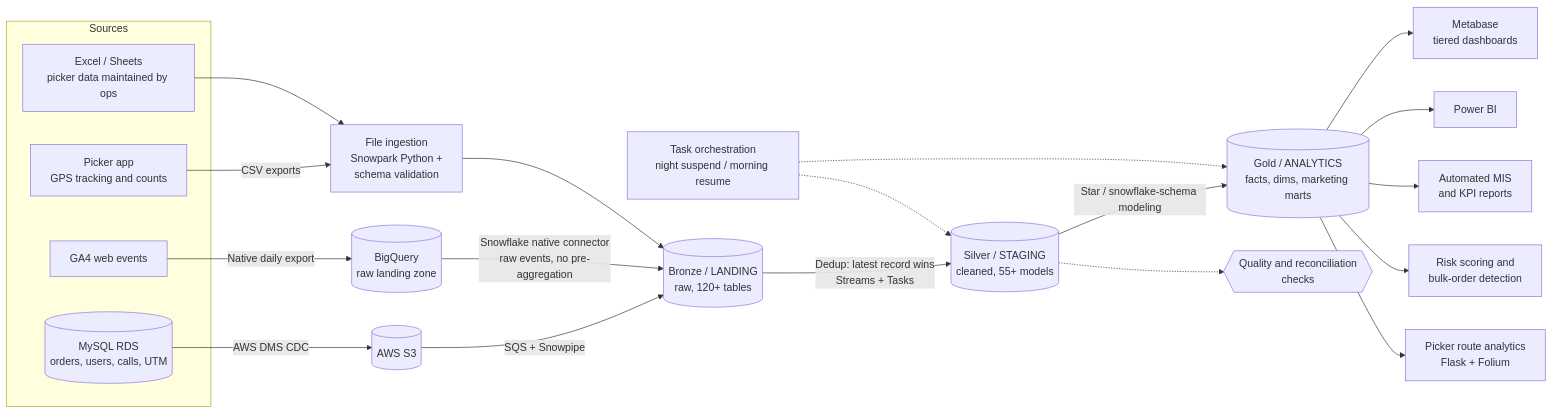
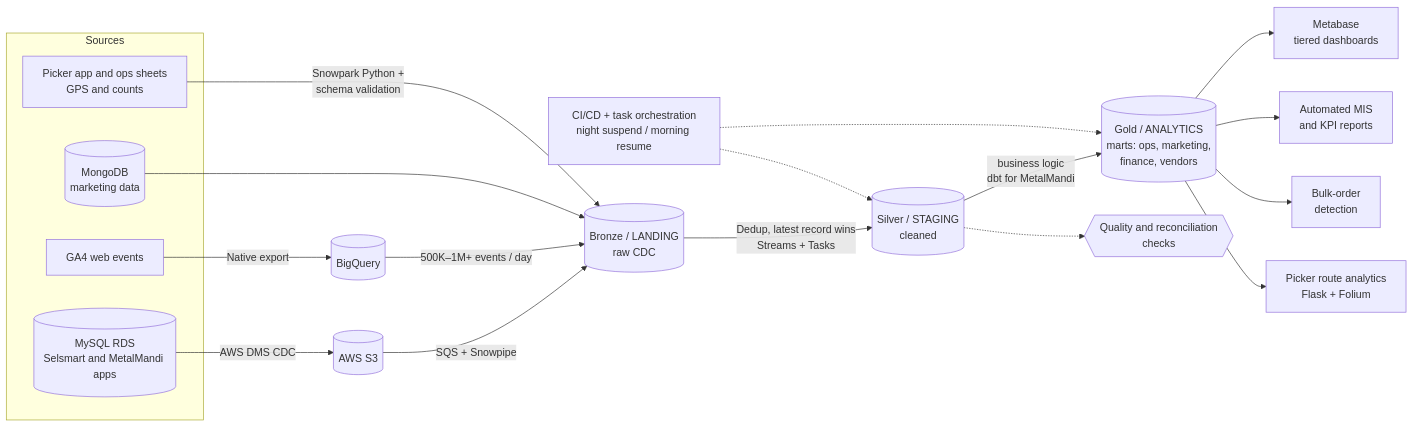
The first of 3 diagrams in README.md (Shivam24012001/Shivam24012001), drawn with Mermaid before and after one commit. The commit also changed other lines of this file, not shown here.

````diff
--- a/README.md
+++ b/README.md
@@ -58,28 +63,26 @@
 ```mermaid
 flowchart LR
     subgraph SRC[Sources]
-        DB[(MySQL RDS<br/>orders, users, calls, UTM)]
+        DB[(MySQL RDS<br/>Selsmart and MetalMandi apps)]
         GA[GA4 web events]
-        PK[Picker app<br/>GPS tracking and counts]
-        XL[Excel / Sheets<br/>picker data maintained by ops]
+        MG[(MongoDB<br/>marketing data)]
+        PK[Picker app and ops sheets<br/>GPS and counts]
     end
 
     DB -->|AWS DMS CDC| S3[(AWS S3)]
-    S3 -->|SQS + Snowpipe| B[(Bronze / LANDING<br/>raw, 120+ tables)]
-    GA -->|Native daily export| BQ[(BigQuery<br/>raw landing zone)]
-    BQ -->|Snowflake native connector<br/>raw events, no pre-aggregation| B
-    PK -->|CSV exports| F[File ingestion<br/>Snowpark Python +<br/>schema validation]
-    XL --> F
-    F --> B
+    S3 -->|SQS + Snowpipe| B[(Bronze / LANDING<br/>raw CDC)]
+    GA -->|Native export| BQ[(BigQuery)]
+    BQ -->|500K–1M+ events / day| B
+    MG --> B
+    PK -->|Snowpark Python +<br/>schema validation| B
 
-    B -->|Dedup: latest record wins<br/>Streams + Tasks| C[(Silver / STAGING<br/>cleaned, 55+ models)]
-    C -->|Star / snowflake-schema modeling| D[(Gold / ANALYTICS<br/>facts, dims, marketing marts)]
+    B -->|Dedup, latest record wins<br/>Streams + Tasks| C[(Silver / STAGING<br/>cleaned)]
+    C -->|business logic<br/>dbt for MetalMandi| D[(Gold / ANALYTICS<br/>marts: ops, marketing,<br/>finance, vendors)]
     C -.-> Q{{Quality and reconciliation<br/>checks}}
-    O[Task orchestration<br/>night suspend / morning resume] -.-> C
+    O[CI/CD + task orchestration<br/>night suspend / morning resume] -.-> C
     O -.-> D
     D --> E[Metabase<br/>tiered dashboards]
-    D --> F2[Power BI]
     D --> G[Automated MIS<br/>and KPI reports]
-    D --> H[Risk scoring and<br/>bulk-order detection]
+    D --> H[Bulk-order<br/>detection]
     D --> I[Picker route analytics<br/>Flask + Folium]
 ```
````
